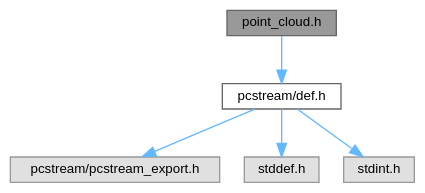
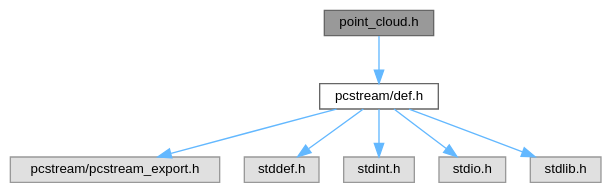
The diagram in point__cloud_8h__incl.dot (QuangNguyenLong/pcstream), drawn with Graphviz before and after one commit. The commit also changed 40 other files, not shown here.

```diff
--- a/point__cloud_8h__incl.dot
+++ b/point__cloud_8h__incl.dot
@@ -1,16 +1,20 @@
 digraph "point_cloud.h"
 {
  // LATEX_PDF_SIZE
   bgcolor="transparent";
   edge [fontname=Helvetica,fontsize=10,labelfontname=Helvetica,labelfontsize=10];
   node [fontname=Helvetica,fontsize=10,shape=box,height=0.2,width=0.4];
   Node1 [id="Node000001",label="point_cloud.h",height=0.2,width=0.4,color="gray40", fillcolor="grey60", style="filled", fontcolor="black",tooltip=" "];
   Node1 -> Node2 [id="edge1_Node000001_Node000002",color="steelblue1",style="solid",tooltip=" "];
   Node2 [id="Node000002",label="pcstream/def.h",height=0.2,width=0.4,color="grey40", fillcolor="white", style="filled",URL="$def_8h.html",tooltip=" "];
   Node2 -> Node3 [id="edge2_Node000002_Node000003",color="steelblue1",style="solid",tooltip=" "];
   Node3 [id="Node000003",label="pcstream/pcstream_export.h",height=0.2,width=0.4,color="grey60", fillcolor="#E0E0E0", style="filled",tooltip=" "];
   Node2 -> Node4 [id="edge3_Node000002_Node000004",color="steelblue1",style="solid",tooltip=" "];
   Node4 [id="Node000004",label="stddef.h",height=0.2,width=0.4,color="grey60", fillcolor="#E0E0E0", style="filled",tooltip=" "];
   Node2 -> Node5 [id="edge4_Node000002_Node000005",color="steelblue1",style="solid",tooltip=" "];
   Node5 [id="Node000005",label="stdint.h",height=0.2,width=0.4,color="grey60", fillcolor="#E0E0E0", style="filled",tooltip=" "];
+  Node2 -> Node6 [id="edge5_Node000002_Node000006",color="steelblue1",style="solid",tooltip=" "];
+  Node6 [id="Node000006",label="stdio.h",height=0.2,width=0.4,color="grey60", fillcolor="#E0E0E0", style="filled",tooltip=" "];
+  Node2 -> Node7 [id="edge6_Node000002_Node000007",color="steelblue1",style="solid",tooltip=" "];
+  Node7 [id="Node000007",label="stdlib.h",height=0.2,width=0.4,color="grey60", fillcolor="#E0E0E0", style="filled",tooltip=" "];
 }
```
